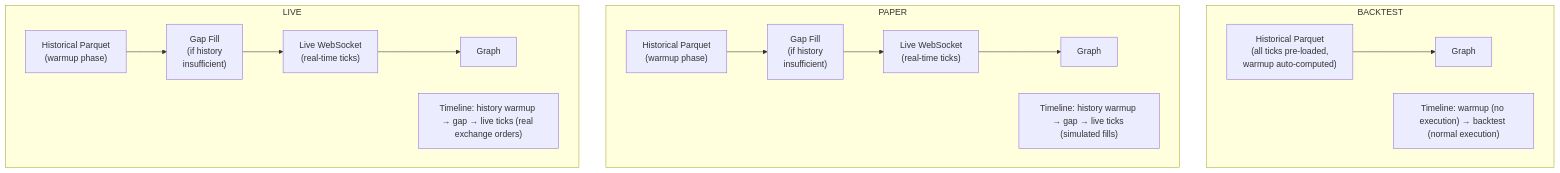
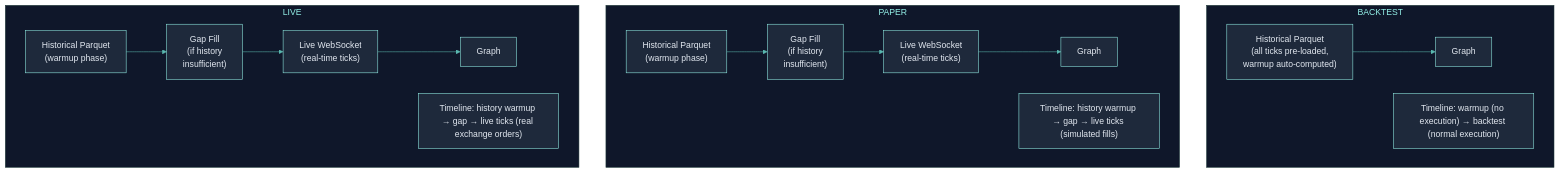
The third of 3 diagrams in competitive/code-parity.mdx (Clypt/docs), drawn with Mermaid before and after one commit. The commit also changed other lines of this file and 73 other files, not shown here.

````diff
--- a/competitive/code-parity.mdx
+++ b/competitive/code-parity.mdx
@@ -269,24 +275,25 @@
 ```mermaid
+%%{init: {'theme': 'base', 'themeVariables': { 'primaryColor': '#1e293b', 'primaryTextColor': '#e2e8f0', 'primaryBorderColor': '#94F1E8', 'lineColor': '#5bb8b0', 'clusterBkg': '#0f172a', 'clusterBorder': '#1e3a3a', 'titleColor': '#94F1E8', 'edgeLabelBackground': 'transparent' }}}%%
 flowchart TB
     subgraph BT["BACKTEST"]
         direction LR
         BT_P["Historical Parquet<br>(all ticks pre-loaded,<br>warmup auto-computed)"] --> BT_G["Graph"]
         BT_T["Timeline: warmup (no execution) → backtest (normal execution)"]
     end
 
     subgraph PA["PAPER"]
         direction LR
         PA_P["Historical Parquet<br>(warmup phase)"] --> PA_GF["Gap Fill<br>(if history<br>insufficient)"]
         PA_GF --> PA_WS["Live WebSocket<br>(real-time ticks)"]
         PA_WS --> PA_G["Graph"]
         PA_T["Timeline: history warmup → gap → live ticks (simulated fills)"]
     end
 
     subgraph LV["LIVE"]
         direction LR
         LV_P["Historical Parquet<br>(warmup phase)"] --> LV_GF["Gap Fill<br>(if history<br>insufficient)"]
         LV_GF --> LV_WS["Live WebSocket<br>(real-time ticks)"]
         LV_WS --> LV_G["Graph"]
         LV_T["Timeline: history warmup → gap → live ticks (real exchange orders)"]
     end
 ```
````
